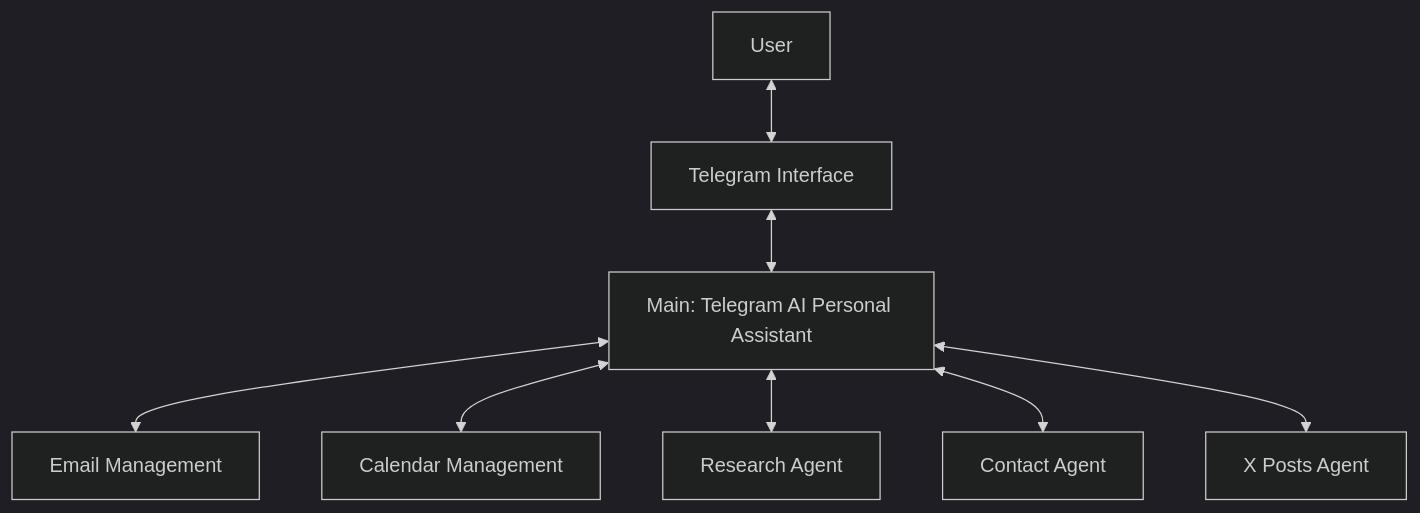
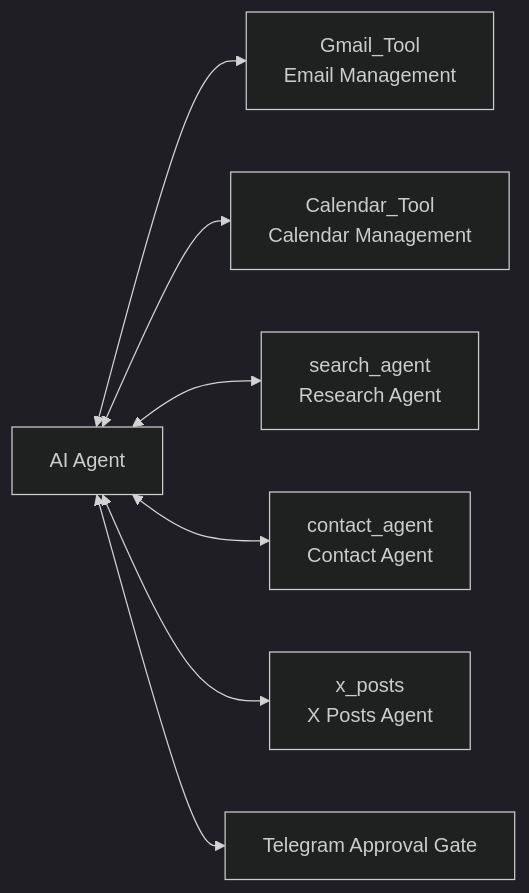
The second of 3 diagrams in docs/architecture.md (silvia0ma-coder/Telegram-AI-Personal-Assistant), drawn with Mermaid (dark theme) before and after one commit. The commit also changed other lines of this file and 8 other files, not shown here.

````diff
--- a/docs/architecture.md
+++ b/docs/architecture.md
@@ -18,21 +48,10 @@
 ```mermaid
-flowchart TD
-    User[User]
-    Telegram[Telegram Interface]
-    Main[Main: Telegram AI Personal Assistant]
-
-    Email[Email Management]
-    Calendar[Calendar Management]
-    Research[Research Agent]
-    Contacts[Contact Agent]
-    XPosts[X Posts Agent]
-
-    User <--> Telegram
-    Telegram <--> Main
-
-    Main <--> Email
-    Main <--> Calendar
-    Main <--> Research
-    Main <--> Contacts
-    Main <--> XPosts
+flowchart LR
+    Agent[AI Agent]
+    Agent <--> Email[Gmail_Tool<br/>Email Management]
+    Agent <--> Calendar[Calendar_Tool<br/>Calendar Management]
+    Agent <--> Research[search_agent<br/>Research Agent]
+    Agent <--> Contacts[contact_agent<br/>Contact Agent]
+    Agent <--> XPosts[x_posts<br/>X Posts Agent]
+    Agent <--> Gate[Telegram Approval Gate]
 ```
````
